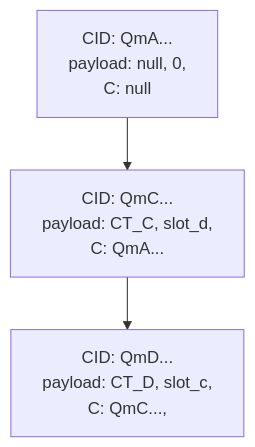
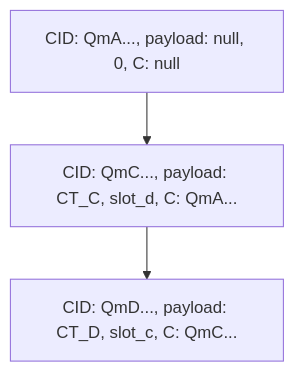
One commit to ideal-lab5/Grants-Program changed the fifth of 7 diagrams in applications/etf_network.md. Above: the diagram before and after it, drawn with Mermaid. The commit also changed other lines of this file, not shown here.

Commit message:
fix diagrams

````diff
--- a/applications/etf_network.md
+++ b/applications/etf_network.md
@@ -213,17 +162,5 @@
-``` mermaid
-   graph TD;
-      A[
-         CID: QmA...
-         payload: null, 0,
-         C: null
-      ]-->C[
-         CID: QmC...
-         payload: CT_C, slot_d,
-         C: QmA...
-      ];
-      C-->D[
-         CID: QmD...
-         payload: CT_D, slot_c,
-         C: QmC...,
-      ];
+```mermaid
+graph TD;
+   A[CID: QmA..., payload: null, 0, C: null]-->C[CID: QmC..., payload: CT_C, slot_d, C: QmA...];
+   C-->D[CID: QmD..., payload: CT_D, slot_c, C: QmC...];
 ```
````
